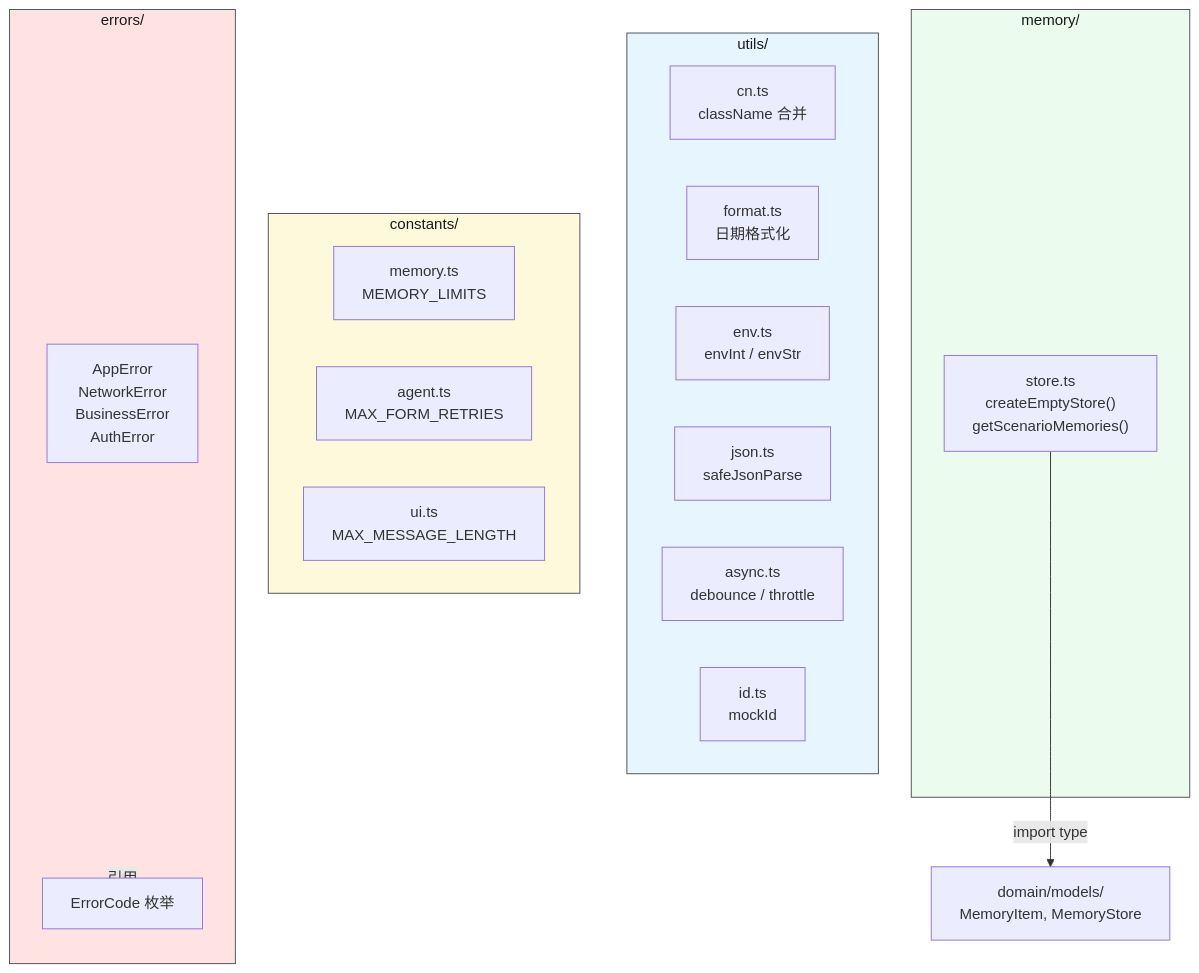
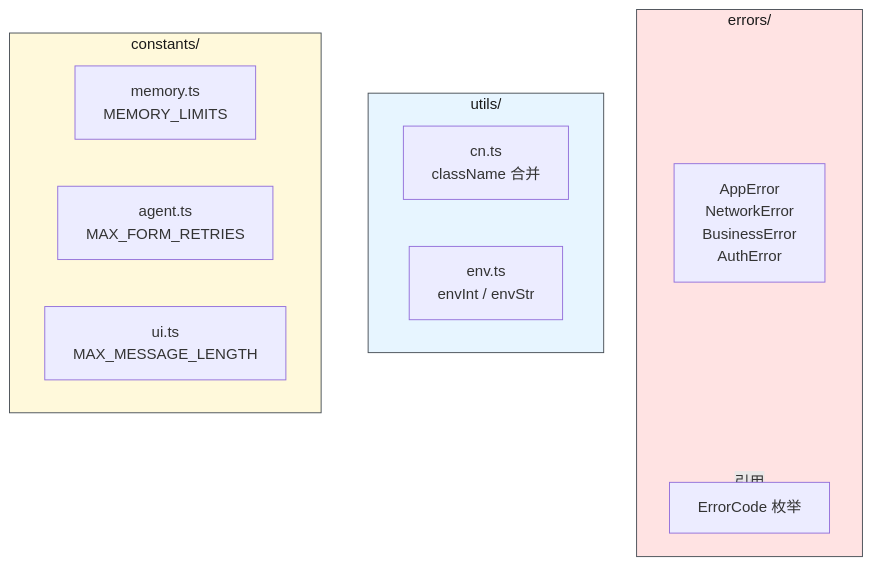
Before and after one commit to yjzaaa/leave-approval-agent: the first of 3 diagrams in src/infrastructure/CLAUDE.md, drawn with Mermaid. The commit also changed other lines of this file and 126 other files, not shown here.

First line of the commit message:
refactor: MVC 全栈重组 — client/server/domain/scenarios → views/controllers/models

````diff
--- a/src/infrastructure/CLAUDE.md
+++ b/src/infrastructure/CLAUDE.md
@@ -23,36 +22,24 @@
 ```mermaid
 graph TD
     subgraph Errors["errors/"]
         AppError["AppError<br/>NetworkError<br/>BusinessError<br/>AuthError"]
         ErrorCode["ErrorCode 枚举"]
     end
 
     subgraph Utils["utils/"]
         Cn["cn.ts<br/>className 合并"]
-        Format["format.ts<br/>日期格式化"]
         Env["env.ts<br/>envInt / envStr"]
-        Json["json.ts<br/>safeJsonParse"]
-        Async["async.ts<br/>debounce / throttle"]
-        Id["id.ts<br/>mockId"]
     end
 
     subgraph Constants["constants/"]
         MemConst["memory.ts<br/>MEMORY_LIMITS"]
         AgentConst["agent.ts<br/>MAX_FORM_RETRIES"]
         UiConst["ui.ts<br/>MAX_MESSAGE_LENGTH"]
     end
 
-    subgraph MemRuntime["memory/"]
-        Store["store.ts<br/>createEmptyStore()<br/>getScenarioMemories()"]
-    end
-
-    Domain["domain/models/<br/>MemoryItem, MemoryStore"]
-
     Errors -->|"引用"| ErrorCode
-    Store -->|"import type"| Domain
 
     style Errors fill:#ffe3e3,stroke:#495057,color:#1a1a1a
     style Utils fill:#e7f5ff,stroke:#495057,color:#1a1a1a
     style Constants fill:#fff9db,stroke:#495057,color:#1a1a1a
-    style MemRuntime fill:#ebfbee,stroke:#495057,color:#1a1a1a
 ```
````
